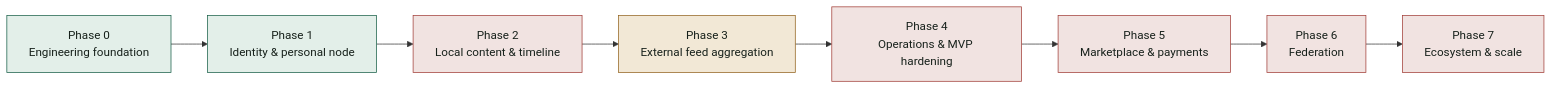
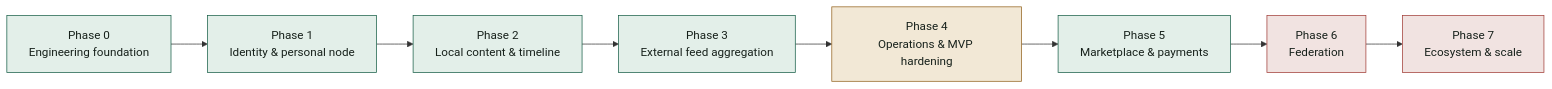
The diagram in documentation/PROGRESS-REPORT.en.md (kukuhtw/fpdp), drawn with Mermaid before and after one commit. The commit also changed other lines of this file, not shown here.

````diff
--- a/documentation/PROGRESS-REPORT.en.md
+++ b/documentation/PROGRESS-REPORT.en.md
@@ -13,17 +22,17 @@
 ```mermaid
 flowchart LR
     P0["Phase 0<br/>Engineering foundation"] --> P1["Phase 1<br/>Identity & personal node"]
     P1 --> P2["Phase 2<br/>Local content & timeline"]
     P2 --> P3["Phase 3<br/>External feed aggregation"]
     P3 --> P4["Phase 4<br/>Operations & MVP hardening"]
     P4 --> P5["Phase 5<br/>Marketplace & payments"]
     P5 --> P6["Phase 6<br/>Federation"]
     P6 --> P7["Phase 7<br/>Ecosystem & scale"]
 
     classDef done fill:#e3efe9,stroke:#185f48,color:#17211b;
     classDef partial fill:#f2e8d6,stroke:#93631e,color:#17211b;
     classDef todo fill:#f1e3e1,stroke:#a13d37,color:#17211b;
-    class P0,P1 done;
-    class P3 partial;
-    class P2,P4,P5,P6,P7 todo;
+    class P0,P1,P2,P3,P5 done;
+    class P4 partial;
+    class P6,P7 todo;
 ```
````
